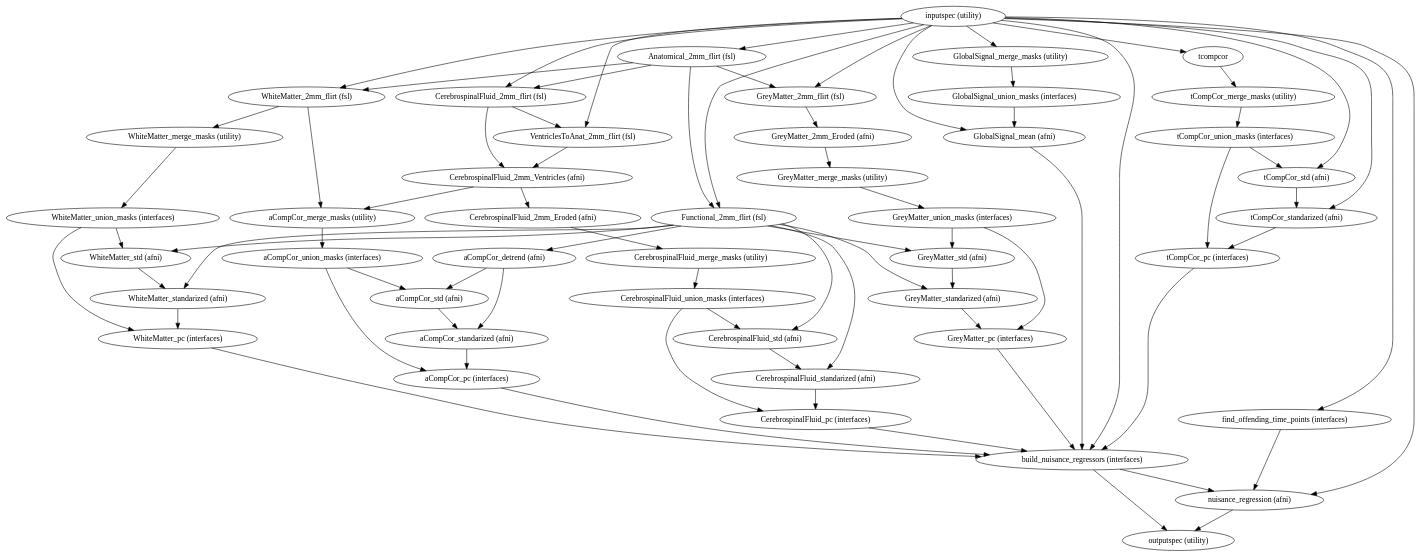
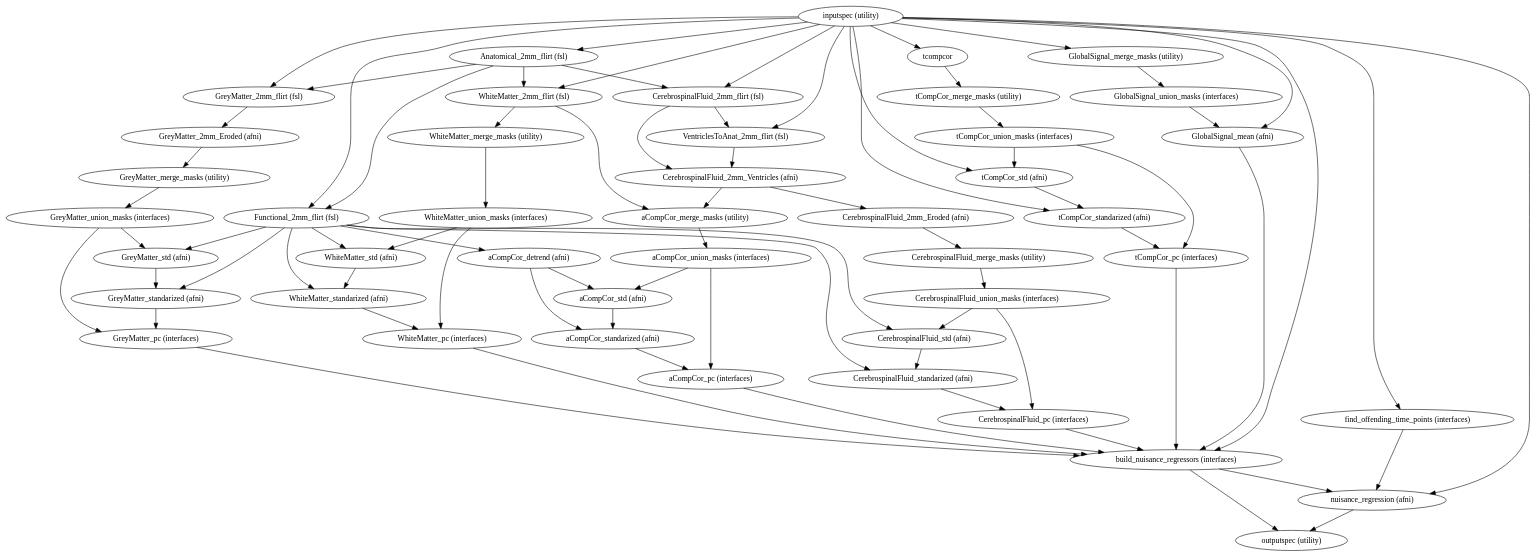
The diagram in docs/developer/workflows/images/generated/nuisance.dot (FCP-INDI/fcp-indi.github.io), drawn with Graphviz before and after one commit. The commit also changed other lines of this file and 11 other files, not shown here.

```diff
--- a/docs/developer/workflows/images/generated/nuisance.dot
+++ b/docs/developer/workflows/images/generated/nuisance.dot
@@ -1,121 +1,121 @@
 strict digraph "" {
 "GlobalSignal_union_masks (interfaces)";
 "tCompCor_merge_masks (utility)";
 "CerebrospinalFluid_pc (interfaces)";
 "CerebrospinalFluid_2mm_Eroded (afni)";
 "Anatomical_2mm_flirt (fsl)";
 "inputspec (utility)";
 "GreyMatter_standarized (afni)";
 "aCompCor_detrend (afni)";
 "aCompCor_union_masks (interfaces)";
 "tCompCor_std (afni)";
 "GreyMatter_pc (interfaces)";
-"GreyMatter_union_masks (interfaces)";
 "WhiteMatter_standarized (afni)";
+"find_offending_time_points (interfaces)";
 "CerebrospinalFluid_std (afni)";
 "WhiteMatter_pc (interfaces)";
 "CerebrospinalFluid_union_masks (interfaces)";
 "aCompCor_merge_masks (utility)";
-"aCompCor_standarized (afni)";
+"GreyMatter_2mm_flirt (fsl)";
 "GlobalSignal_mean (afni)";
 tcompcor;
 "GreyMatter_2mm_Eroded (afni)";
 "CerebrospinalFluid_2mm_flirt (fsl)";
 "aCompCor_pc (interfaces)";
-"GreyMatter_2mm_flirt (fsl)";
-"WhiteMatter_2mm_flirt (fsl)";
+"GreyMatter_union_masks (interfaces)";
 "tCompCor_standarized (afni)";
 "CerebrospinalFluid_merge_masks (utility)";
 "CerebrospinalFluid_standarized (afni)";
 "tCompCor_union_masks (interfaces)";
 "GreyMatter_std (afni)";
 "VentriclesToAnat_2mm_flirt (fsl)";
 "aCompCor_std (afni)";
 "WhiteMatter_merge_masks (utility)";
-"find_offending_time_points (interfaces)";
+"aCompCor_standarized (afni)";
 "GlobalSignal_merge_masks (utility)";
 "nuisance_regression (afni)";
 "GreyMatter_merge_masks (utility)";
 "CerebrospinalFluid_2mm_Ventricles (afni)";
 "build_nuisance_regressors (interfaces)";
 "outputspec (utility)";
 "WhiteMatter_union_masks (interfaces)";
 "WhiteMatter_std (afni)";
 "Functional_2mm_flirt (fsl)";
 "tCompCor_pc (interfaces)";
+"WhiteMatter_2mm_flirt (fsl)";
 "GlobalSignal_union_masks (interfaces)" -> "GlobalSignal_mean (afni)";
 "tCompCor_merge_masks (utility)" -> "tCompCor_union_masks (interfaces)";
 "CerebrospinalFluid_pc (interfaces)" -> "build_nuisance_regressors (interfaces)";
 "CerebrospinalFluid_2mm_Eroded (afni)" -> "CerebrospinalFluid_merge_masks (utility)";
 "Anatomical_2mm_flirt (fsl)" -> "Functional_2mm_flirt (fsl)";
 "Anatomical_2mm_flirt (fsl)" -> "CerebrospinalFluid_2mm_flirt (fsl)";
 "Anatomical_2mm_flirt (fsl)" -> "GreyMatter_2mm_flirt (fsl)";
 "Anatomical_2mm_flirt (fsl)" -> "WhiteMatter_2mm_flirt (fsl)";
 "inputspec (utility)" -> "nuisance_regression (afni)";
 "inputspec (utility)" -> "GlobalSignal_merge_masks (utility)";
 "inputspec (utility)" -> "WhiteMatter_2mm_flirt (fsl)";
 "inputspec (utility)" -> "tCompCor_standarized (afni)";
 "inputspec (utility)" -> tcompcor;
 "inputspec (utility)" -> "Anatomical_2mm_flirt (fsl)";
 "inputspec (utility)" -> "Functional_2mm_flirt (fsl)";
 "inputspec (utility)" -> "GreyMatter_2mm_flirt (fsl)";
 "inputspec (utility)" -> "GlobalSignal_mean (afni)";
 "inputspec (utility)" -> "VentriclesToAnat_2mm_flirt (fsl)";
 "inputspec (utility)" -> "CerebrospinalFluid_2mm_flirt (fsl)";
 "inputspec (utility)" -> "build_nuisance_regressors (interfaces)";
 "inputspec (utility)" -> "find_offending_time_points (interfaces)";
 "inputspec (utility)" -> "tCompCor_std (afni)";
 "GreyMatter_standarized (afni)" -> "GreyMatter_pc (interfaces)";
 "aCompCor_detrend (afni)" -> "aCompCor_std (afni)";
 "aCompCor_detrend (afni)" -> "aCompCor_standarized (afni)";
 "aCompCor_union_masks (interfaces)" -> "aCompCor_std (afni)";
 "aCompCor_union_masks (interfaces)" -> "aCompCor_pc (interfaces)";
 "tCompCor_std (afni)" -> "tCompCor_standarized (afni)";
 "GreyMatter_pc (interfaces)" -> "build_nuisance_regressors (interfaces)";
-"GreyMatter_union_masks (interfaces)" -> "GreyMatter_pc (interfaces)";
-"GreyMatter_union_masks (interfaces)" -> "GreyMatter_std (afni)";
 "WhiteMatter_standarized (afni)" -> "WhiteMatter_pc (interfaces)";
+"find_offending_time_points (interfaces)" -> "nuisance_regression (afni)";
 "CerebrospinalFluid_std (afni)" -> "CerebrospinalFluid_standarized (afni)";
 "WhiteMatter_pc (interfaces)" -> "build_nuisance_regressors (interfaces)";
 "CerebrospinalFluid_union_masks (interfaces)" -> "CerebrospinalFluid_pc (interfaces)";
 "CerebrospinalFluid_union_masks (interfaces)" -> "CerebrospinalFluid_std (afni)";
 "aCompCor_merge_masks (utility)" -> "aCompCor_union_masks (interfaces)";
-"aCompCor_standarized (afni)" -> "aCompCor_pc (interfaces)";
+"GreyMatter_2mm_flirt (fsl)" -> "GreyMatter_2mm_Eroded (afni)";
 "GlobalSignal_mean (afni)" -> "build_nuisance_regressors (interfaces)";
 tcompcor -> "tCompCor_merge_masks (utility)";
 "GreyMatter_2mm_Eroded (afni)" -> "GreyMatter_merge_masks (utility)";
 "CerebrospinalFluid_2mm_flirt (fsl)" -> "CerebrospinalFluid_2mm_Ventricles (afni)";
 "CerebrospinalFluid_2mm_flirt (fsl)" -> "VentriclesToAnat_2mm_flirt (fsl)";
 "aCompCor_pc (interfaces)" -> "build_nuisance_regressors (interfaces)";
-"GreyMatter_2mm_flirt (fsl)" -> "GreyMatter_2mm_Eroded (afni)";
-"WhiteMatter_2mm_flirt (fsl)" -> "WhiteMatter_merge_masks (utility)";
-"WhiteMatter_2mm_flirt (fsl)" -> "aCompCor_merge_masks (utility)";
+"GreyMatter_union_masks (interfaces)" -> "GreyMatter_pc (interfaces)";
+"GreyMatter_union_masks (interfaces)" -> "GreyMatter_std (afni)";
 "tCompCor_standarized (afni)" -> "tCompCor_pc (interfaces)";
 "CerebrospinalFluid_merge_masks (utility)" -> "CerebrospinalFluid_union_masks (interfaces)";
 "CerebrospinalFluid_standarized (afni)" -> "CerebrospinalFluid_pc (interfaces)";
 "tCompCor_union_masks (interfaces)" -> "tCompCor_pc (interfaces)";
 "tCompCor_union_masks (interfaces)" -> "tCompCor_std (afni)";
 "GreyMatter_std (afni)" -> "GreyMatter_standarized (afni)";
 "VentriclesToAnat_2mm_flirt (fsl)" -> "CerebrospinalFluid_2mm_Ventricles (afni)";
 "aCompCor_std (afni)" -> "aCompCor_standarized (afni)";
 "WhiteMatter_merge_masks (utility)" -> "WhiteMatter_union_masks (interfaces)";
-"find_offending_time_points (interfaces)" -> "nuisance_regression (afni)";
+"aCompCor_standarized (afni)" -> "aCompCor_pc (interfaces)";
 "GlobalSignal_merge_masks (utility)" -> "GlobalSignal_union_masks (interfaces)";
 "nuisance_regression (afni)" -> "outputspec (utility)";
 "GreyMatter_merge_masks (utility)" -> "GreyMatter_union_masks (interfaces)";
 "CerebrospinalFluid_2mm_Ventricles (afni)" -> "aCompCor_merge_masks (utility)";
 "CerebrospinalFluid_2mm_Ventricles (afni)" -> "CerebrospinalFluid_2mm_Eroded (afni)";
 "build_nuisance_regressors (interfaces)" -> "nuisance_regression (afni)";
 "build_nuisance_regressors (interfaces)" -> "outputspec (utility)";
 "WhiteMatter_union_masks (interfaces)" -> "WhiteMatter_pc (interfaces)";
 "WhiteMatter_union_masks (interfaces)" -> "WhiteMatter_std (afni)";
 "WhiteMatter_std (afni)" -> "WhiteMatter_standarized (afni)";
-"Functional_2mm_flirt (fsl)" -> "GreyMatter_std (afni)";
+"Functional_2mm_flirt (fsl)" -> "GreyMatter_standarized (afni)";
 "Functional_2mm_flirt (fsl)" -> "WhiteMatter_standarized (afni)";
 "Functional_2mm_flirt (fsl)" -> "CerebrospinalFluid_std (afni)";
 "Functional_2mm_flirt (fsl)" -> "WhiteMatter_std (afni)";
 "Functional_2mm_flirt (fsl)" -> "CerebrospinalFluid_standarized (afni)";
-"Functional_2mm_flirt (fsl)" -> "GreyMatter_standarized (afni)";
+"Functional_2mm_flirt (fsl)" -> "GreyMatter_std (afni)";
 "Functional_2mm_flirt (fsl)" -> "aCompCor_detrend (afni)";
 "tCompCor_pc (interfaces)" -> "build_nuisance_regressors (interfaces)";
+"WhiteMatter_2mm_flirt (fsl)" -> "WhiteMatter_merge_masks (utility)";
+"WhiteMatter_2mm_flirt (fsl)" -> "aCompCor_merge_masks (utility)";
 }
```
